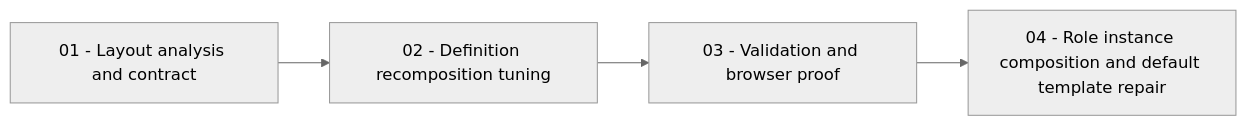
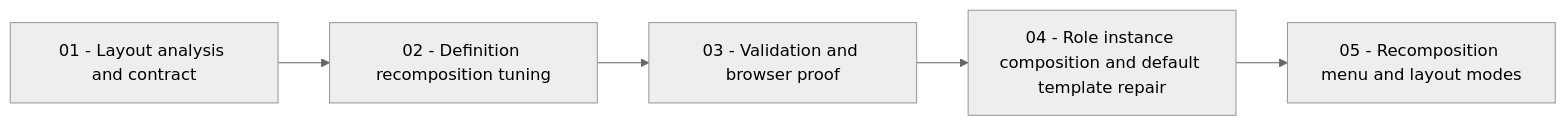
The diagram in .codex/bundles/process-canvas-layout-composition/plan/01-phase-plan.md (fyziktom/CanDoItAll), drawn with Mermaid (neutral theme) before and after one commit. The commit also changed other lines of this file and 32 other files, not shown here.

````diff
--- a/.codex/bundles/process-canvas-layout-composition/plan/01-phase-plan.md
+++ b/.codex/bundles/process-canvas-layout-composition/plan/01-phase-plan.md
@@ -12,6 +13,7 @@
 ```mermaid
 flowchart LR
     A["01 - Layout analysis and contract"] --> B["02 - Definition recomposition tuning"]
     B --> C["03 - Validation and browser proof"]
     C --> D["04 - Role instance composition and default template repair"]
+    D --> E["05 - Recomposition menu and layout modes"]
 ```
````
